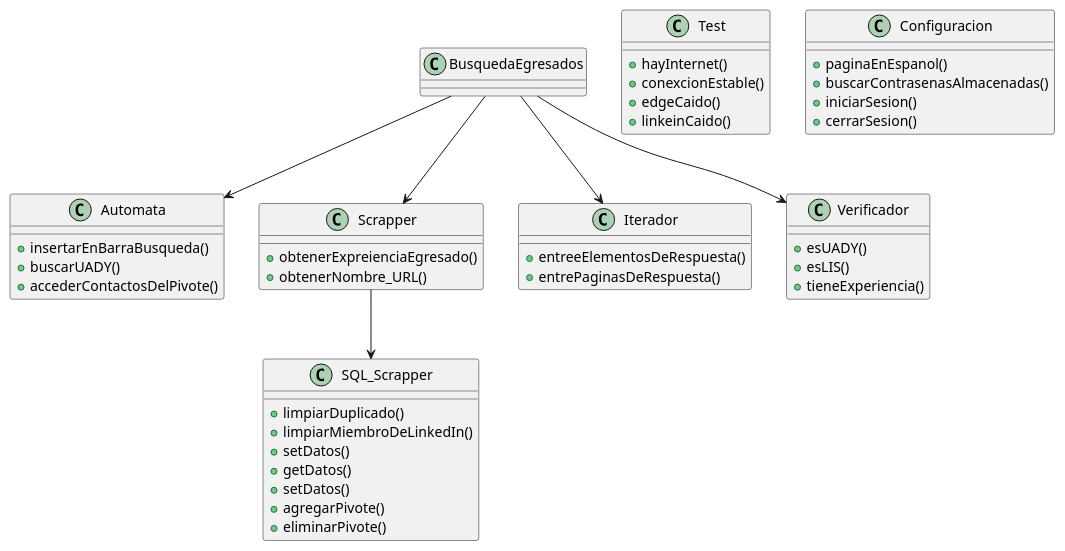
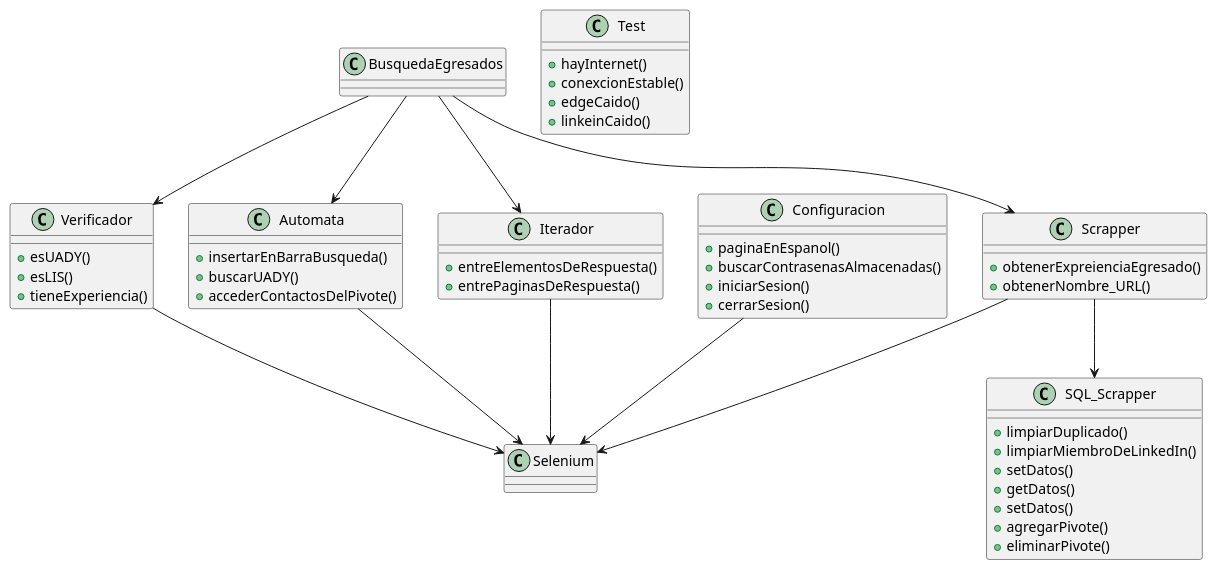
The diagram in Web Scraping/Diagramas de Clase/Clase Web Scrapping.wsd (JulioAlcocer22/OOP-Project), drawn with PlantUML before and after one commit. The commit also changed 2 other files, not shown here.

```diff
--- a/Web Scraping/Diagramas de Clase/Clase Web Scrapping.wsd
+++ b/Web Scraping/Diagramas de Clase/Clase Web Scrapping.wsd
@@ -1,56 +1,64 @@
 @startuml WebScrapping
 
+Verificador --> Selenium
 BusquedaEgresados --> Automata
 BusquedaEgresados --> Scrapper
 BusquedaEgresados --> Iterador
 BusquedaEgresados --> Verificador
 Scrapper --> SQL_Scrapper
+Configuracion --> Selenium
+Automata --> Selenium
+Scrapper --> Selenium
+Iterador --> Selenium
+
+
+class Selenium{}
 
 class BusquedaEgresados{}
 
 class Verificador{
     + esUADY()
     + esLIS()
     + tieneExperiencia()
 }
 class Test{
     + hayInternet()
     + conexcionEstable()
     + edgeCaido()
     + linkeinCaido()
 }
 
 class Configuracion{
     + paginaEnEspanol()
     + buscarContrasenasAlmacenadas()
     + iniciarSesion()
     + cerrarSesion()
 }
 
 class Iterador{
-    + entreeElementosDeRespuesta()
+    + entreElementosDeRespuesta()
     + entrePaginasDeRespuesta()
 }
 
 class Scrapper{
     + obtenerExpreienciaEgresado()
     + obtenerNombre_URL()
 }
 
 class SQL_Scrapper{
     + limpiarDuplicado()
     + limpiarMiembroDeLinkedIn()
     + setDatos()
     + getDatos()
     + setDatos()
     + agregarPivote()
     + eliminarPivote()
 }
 
 class Automata{
     + insertarEnBarraBusqueda()
     + buscarUADY()
     + accederContactosDelPivote()
 }
 
 @enduml
```
